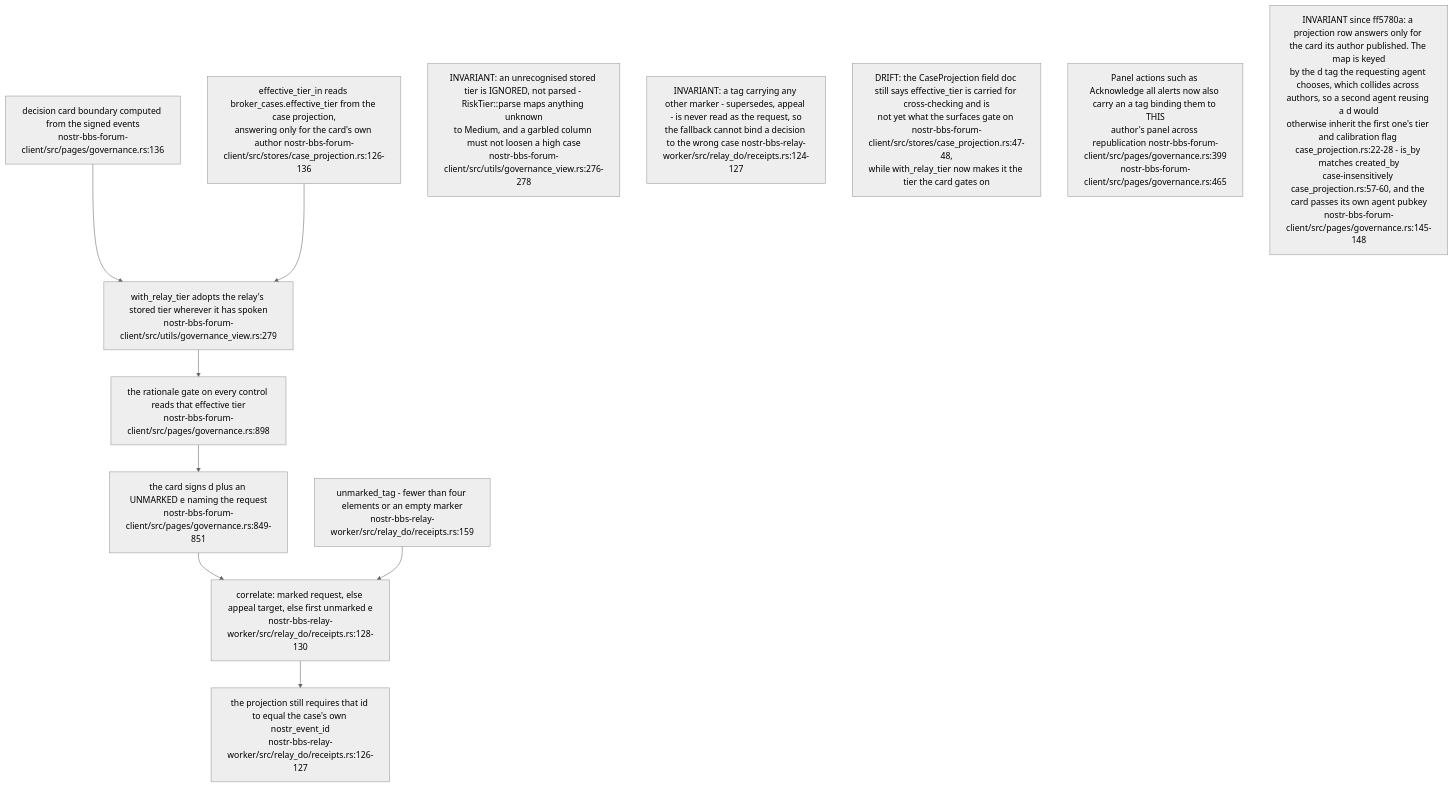
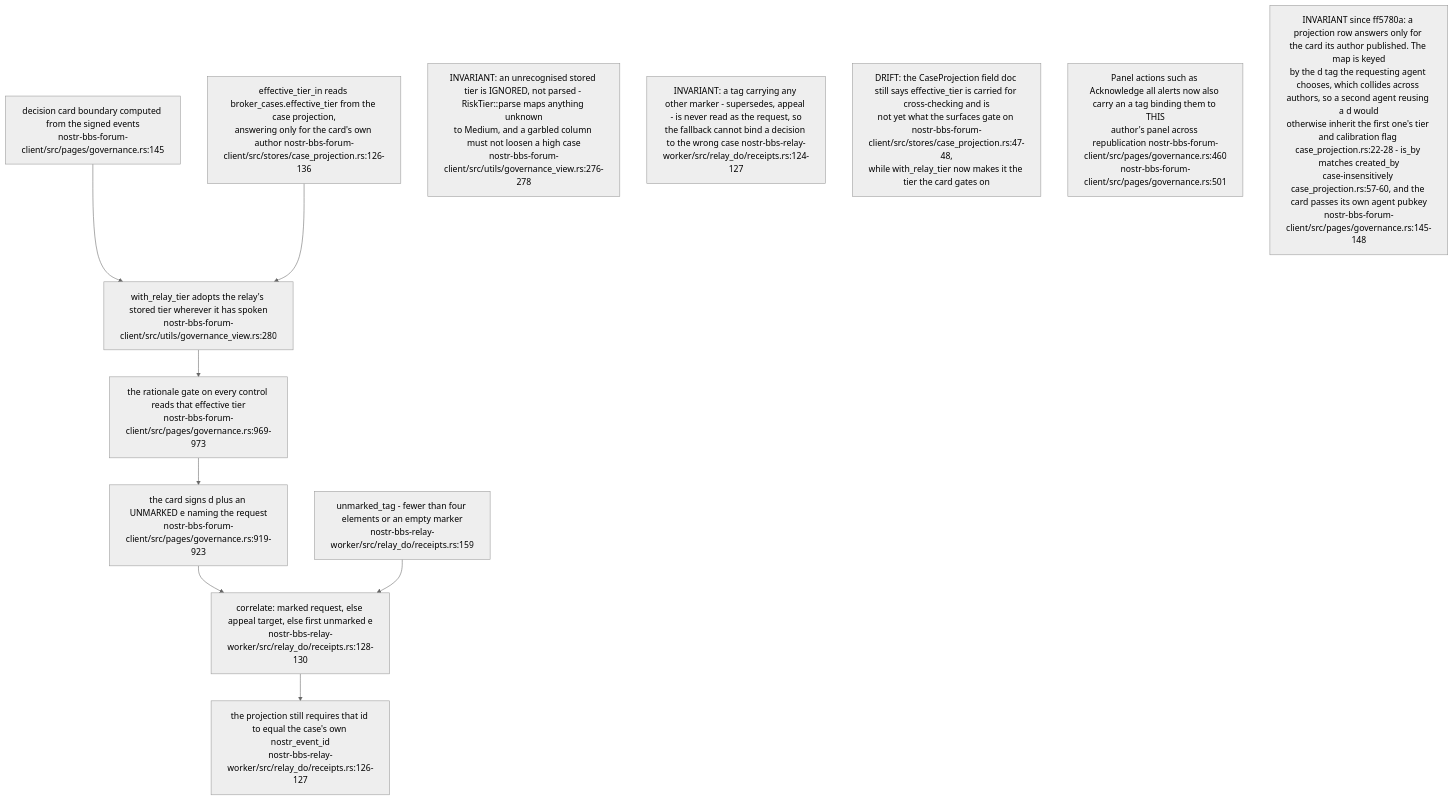
Before and after one commit to DreamLab-AI/VisionFlow: diagram 15 of 16 in docs/diagrams/nostr-rust-forum/06-agent-control-surface-31400-31405.md, drawn with Mermaid (neutral theme). The commit also changed other lines of this file and 111 other files, not shown here.

Commit message:
docs(diagrams): align estate maps with current source

````diff
--- a/docs/diagrams/nostr-rust-forum/06-agent-control-surface-31400-31405.md
+++ b/docs/diagrams/nostr-rust-forum/06-agent-control-surface-31400-31405.md
@@ -412,21 +412,21 @@
 ```mermaid
 flowchart TB
-    CARD["decision card boundary computed from the signed events<br/>nostr-bbs-forum-client/src/pages/governance.rs:136"]
+    CARD["decision card boundary computed from the signed events<br/>nostr-bbs-forum-client/src/pages/governance.rs:145"]
     TIERIN["effective_tier_in reads broker_cases.effective_tier from the case projection,<br/>answering only for the card's own author nostr-bbs-forum-client/src/stores/case_projection.rs:126-136"]
-    WITH["with_relay_tier adopts the relay's stored tier wherever it has spoken<br/>nostr-bbs-forum-client/src/utils/governance_view.rs:279"]
-    GATE["the rationale gate on every control reads that effective tier<br/>nostr-bbs-forum-client/src/pages/governance.rs:898"]
-    PUB["the card signs d plus an UNMARKED e naming the request<br/>nostr-bbs-forum-client/src/pages/governance.rs:849-851"]
+    WITH["with_relay_tier adopts the relay's stored tier wherever it has spoken<br/>nostr-bbs-forum-client/src/utils/governance_view.rs:280"]
+    GATE["the rationale gate on every control reads that effective tier<br/>nostr-bbs-forum-client/src/pages/governance.rs:969-973"]
+    PUB["the card signs d plus an UNMARKED e naming the request<br/>nostr-bbs-forum-client/src/pages/governance.rs:919-923"]
     CORR["correlate: marked request, else appeal target, else first unmarked e<br/>nostr-bbs-relay-worker/src/relay_do/receipts.rs:128-130"]
     UNM["unmarked_tag - fewer than four elements or an empty marker<br/>nostr-bbs-relay-worker/src/relay_do/receipts.rs:159"]
     BIND["the projection still requires that id to equal the case's own nostr_event_id<br/>nostr-bbs-relay-worker/src/relay_do/receipts.rs:126-127"]
 
     CARD --> WITH
     TIERIN --> WITH --> GATE --> PUB --> CORR
     UNM --> CORR --> BIND
 
     N1["INVARIANT: an unrecognised stored tier is IGNORED, not parsed - RiskTier::parse maps anything unknown<br/>to Medium, and a garbled column must not loosen a high case<br/>nostr-bbs-forum-client/src/utils/governance_view.rs:276-278"]
     N2["INVARIANT: a tag carrying any other marker - supersedes, appeal - is never read as the request, so<br/>the fallback cannot bind a decision to the wrong case nostr-bbs-relay-worker/src/relay_do/receipts.rs:124-127"]
     N3["DRIFT: the CaseProjection field doc still says effective_tier is carried for cross-checking and is<br/>not yet what the surfaces gate on nostr-bbs-forum-client/src/stores/case_projection.rs:47-48,<br/>while with_relay_tier now makes it the tier the card gates on"]
-    N4["Panel actions such as Acknowledge all alerts now also carry an a tag binding them to THIS<br/>author's panel across republication nostr-bbs-forum-client/src/pages/governance.rs:399<br/>nostr-bbs-forum-client/src/pages/governance.rs:465"]
+    N4["Panel actions such as Acknowledge all alerts now also carry an a tag binding them to THIS<br/>author's panel across republication nostr-bbs-forum-client/src/pages/governance.rs:460<br/>nostr-bbs-forum-client/src/pages/governance.rs:501"]
     N5["INVARIANT since ff5780a: a projection row answers only for the card its author published. The map is keyed<br/>by the d tag the requesting agent chooses, which collides across authors, so a second agent reusing a d would<br/>otherwise inherit the first one's tier and calibration flag case_projection.rs:22-28 - is_by matches created_by<br/>case-insensitively case_projection.rs:57-60, and the card passes its own agent pubkey<br/>nostr-bbs-forum-client/src/pages/governance.rs:145-148"]
 ```
````
